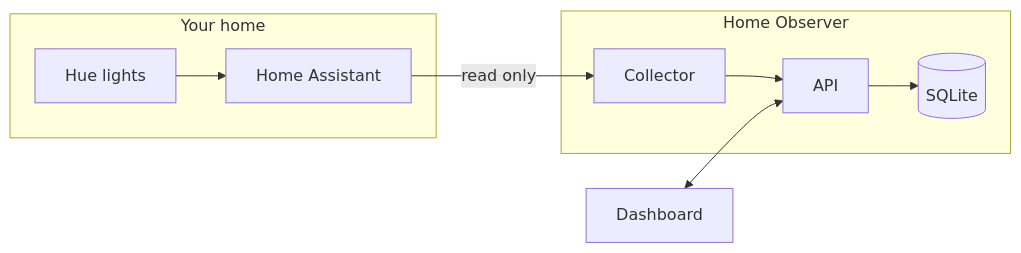
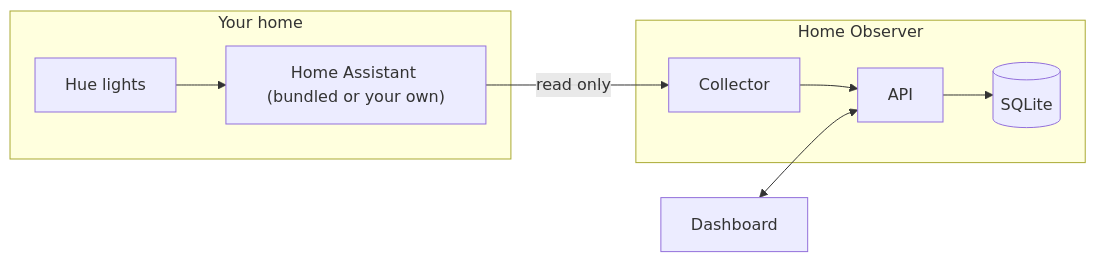
Before and after one commit to alitaghub/home-keeper: the diagram in README.md, drawn with Mermaid. The commit also changed other lines of this file and 36 other files, not shown here.

First line of the commit message:
feat: start a bundled Home Assistant with one command (#4)

````diff
--- a/README.md
+++ b/README.md
@@ -19,13 +19,13 @@
 ```mermaid
 flowchart LR
     subgraph home["Your home"]
-        hue["Hue lights"] --> ha["Home Assistant"]
+        hue["Hue lights"] --> ha["Home Assistant (bundled or your own)"]
     end
 
     subgraph observer["Home Observer"]
         collector["Collector"] --> api["API"] --> db[("SQLite")]
     end
 
     ha -- "read only" --> collector
     dashboard["Dashboard"] <--> api
 ```
````
